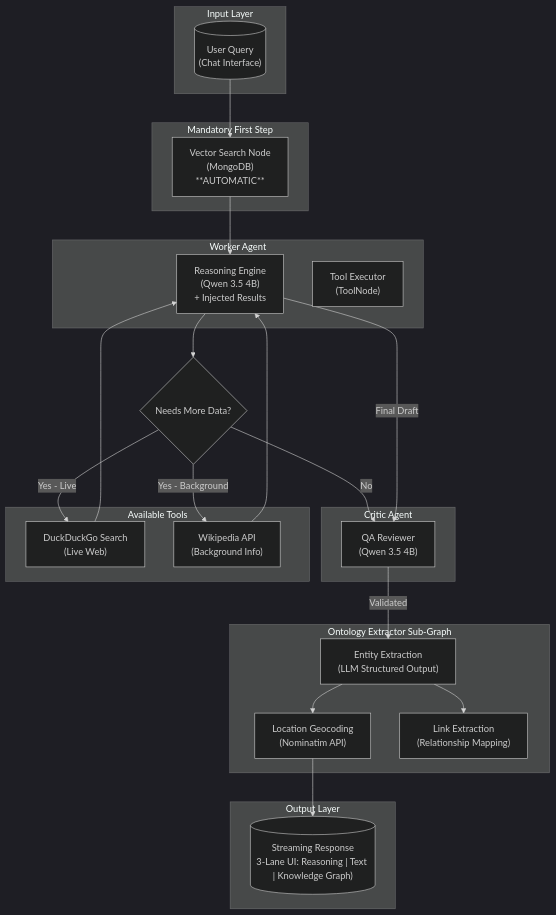
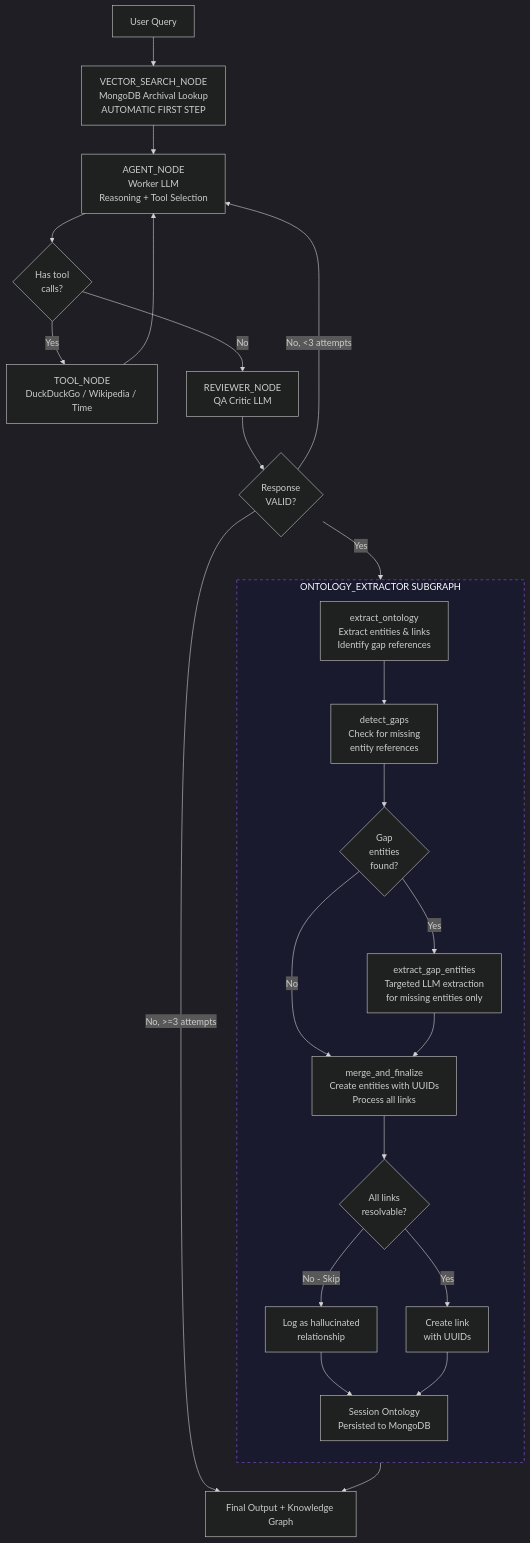
The first of 8 diagrams in docs/agent_workflow.md (fbaierl/geo-vision-lab), drawn with Mermaid before and after one commit. The commit also changed other lines of this file and 1 other file, not shown here.

Commit message:
updated readmes

````diff
--- a/docs/agent_workflow.md
+++ b/docs/agent_workflow.md
@@ -43,49 +43,46 @@
 ```mermaid
 %%{init: {'theme': 'dark'}}%%
-graph TB
-    subgraph Input["Input Layer"]
-        UQ[("User Query<br/>(Chat Interface)")]
+flowchart TD
+    User["User Query"] --> VectorSearch["VECTOR_SEARCH_NODE<br/>MongoDB Archival Lookup<br/>AUTOMATIC FIRST STEP"]
+    
+    VectorSearch --> Agent["AGENT_NODE<br/>Worker LLM<br/>Reasoning + Tool Selection"]
+    
+    Agent --> ShouldContinue{"Has tool<br/>calls?"}
+    
+    ShouldContinue -->|Yes| Tools["TOOL_NODE<br/>DuckDuckGo / Wikipedia / Time"]
+    ShouldContinue -->|No| Reviewer["REVIEWER_NODE<br/>QA Critic LLM"]
+    
+    Tools --> Agent
+    
+    Reviewer --> IsValid{"Response<br/>VALID?"}
+    
+    IsValid -->|No, <3 attempts| Agent
+    IsValid -->|No, >=3 attempts| Final["Final Output + Knowledge Graph"]
+    IsValid -->|Yes| OntologySubgraph
+    
+    subgraph OntologySubgraph["ONTOLOGY_EXTRACTOR SUBGRAPH"]
+        direction TB
+        ExtractOntology["extract_ontology<br/>Extract entities & links<br/>Identify gap references"]
+        
+        ExtractOntology --> DetectGaps["detect_gaps<br/>Check for missing<br/>entity references"]
+        
+        DetectGaps --> HasGaps{"Gap<br/>entities<br/>found?"}
+        
+        HasGaps -->|Yes| ExtractGap["extract_gap_entities<br/>Targeted LLM extraction<br/>for missing entities only"]
+        HasGaps -->|No| MergeFinalize["merge_and_finalize<br/>Create entities with UUIDs<br/>Process all links"]
+        
+        ExtractGap --> MergeFinalize
+        
+        MergeFinalize --> LinksOK{"All links<br/>resolvable?"}
+        
+        LinksOK -->|No - Skip| LogHallucinated["Log as hallucinated<br/>relationship"]
+        LinksOK -->|Yes| CreateLink["Create link<br/>with UUIDs"]
+        
+        LogHallucinated --> SessionOntology["Session Ontology<br/>Persisted to MongoDB"]
+        CreateLink --> SessionOntology
     end
-
-    subgraph Mandatory["Mandatory First Step"]
-        VS["Vector Search Node<br/>(MongoDB)<br/>**AUTOMATIC**"]
-    end
-
-    subgraph Worker["Worker Agent"]
-        REASON["Reasoning Engine<br/>(Qwen 3.5 4B)<br/>+ Injected Results"]
-        TOOLS["Tool Executor<br/>(ToolNode)"]
-    end
-
-    subgraph Critic["Critic Agent"]
-        REVIEW["QA Reviewer<br/>(Qwen 3.5 4B)"]
-    end
-
-    subgraph Ontology["Ontology Extractor Sub-Graph"]
-        EXT["Entity Extraction<br/>(LLM Structured Output)"]
-        GEO["Location Geocoding<br/>(Nominatim API)"]
-        LINK["Link Extraction<br/>(Relationship Mapping)"]
-    end
-
-    subgraph Tools["Available Tools"]
-        DDG["DuckDuckGo Search<br/>(Live Web)"]
-        WIKI["Wikipedia API<br/>(Background Info)"]
-    end
-
-    subgraph Output["Output Layer"]
-        RESP[("Streaming Response<br/>3-Lane UI: Reasoning | Text | Knowledge Graph)")]
-    end
-
-    UQ --> VS
-    VS --> REASON
-    REASON --> DECIDE{Needs More Data?}
-    DECIDE -->|Yes - Live| DDG
-    DECIDE -->|Yes - Background| WIKI
-    DECIDE -->|No| REVIEW
-    DDG --> REASON
-    WIKI --> REASON
-    REASON -->|Final Draft| REVIEW
-    REVIEW -->|Validated| EXT
-    EXT --> GEO
-    EXT --> LINK
-    GEO --> RESP
+    
+    SessionOntology --> Final
+    
+    style OntologySubgraph fill:#1a1a2e,stroke:#5a3a8a,stroke-width:2px,stroke-dasharray: 5 5
 ```
````
